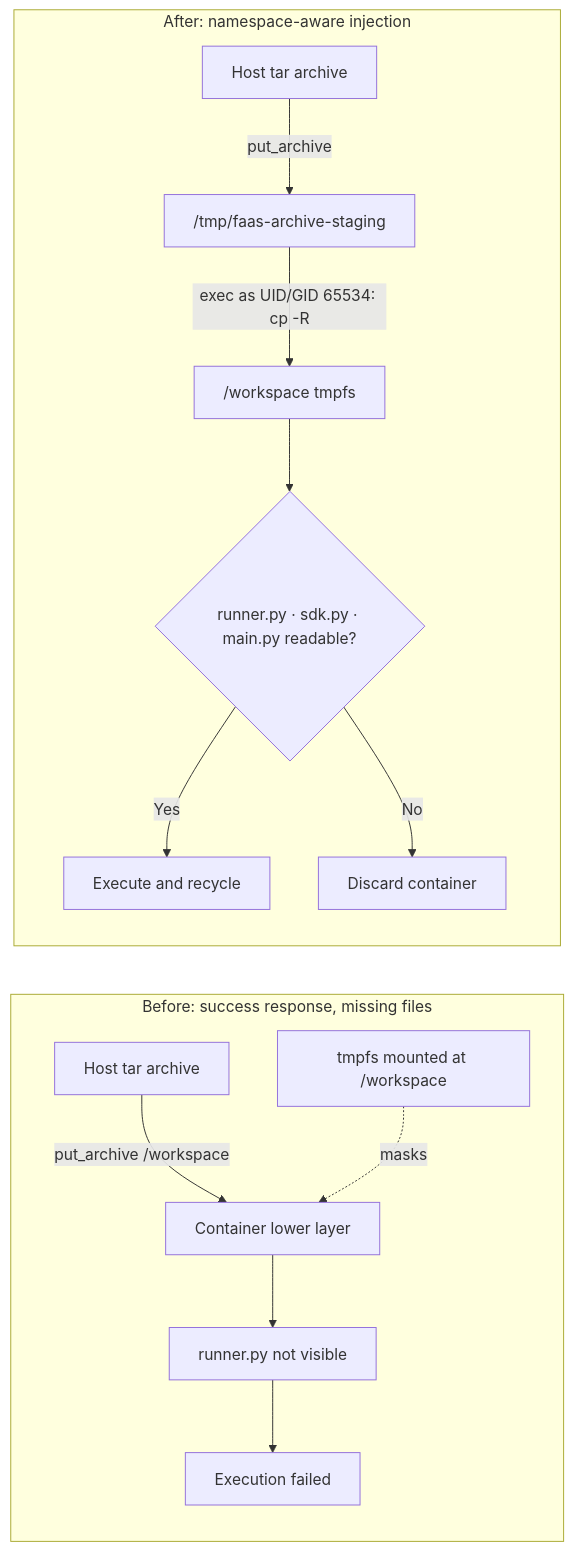
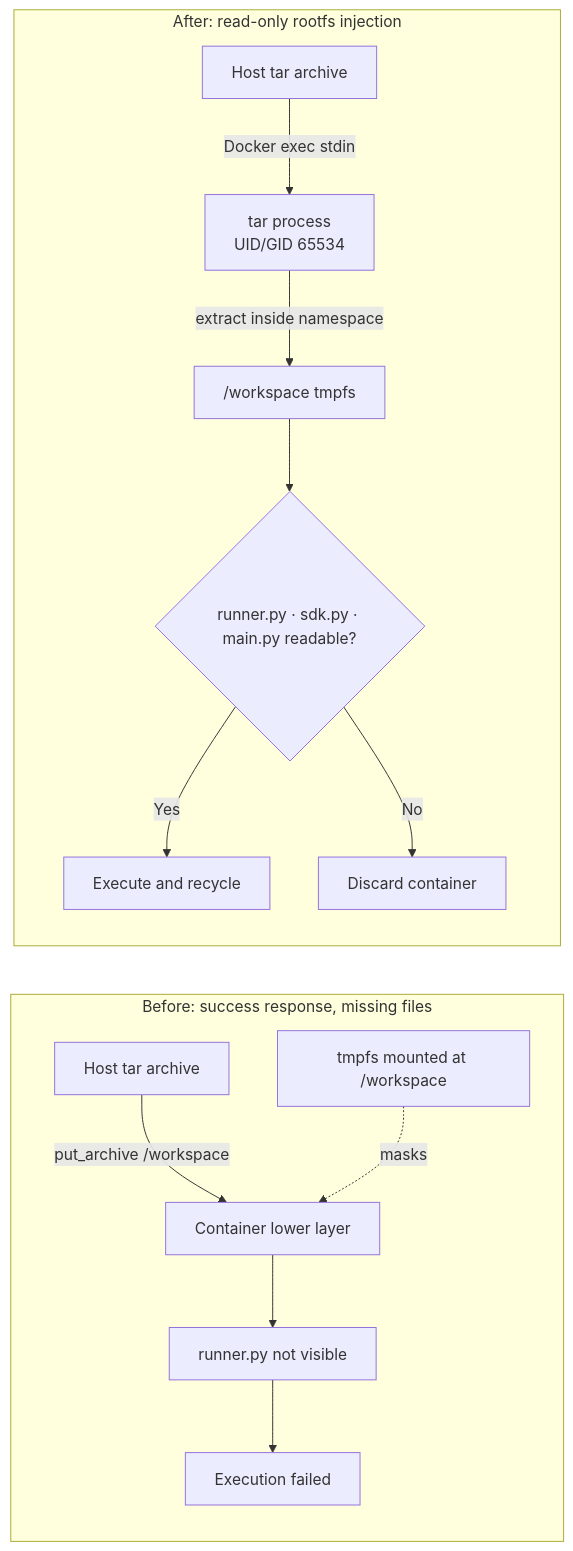
The third of 8 diagrams in DEPLOYMENT_IMPLEMENTATION_REPORT.md (sangmu1126/FaaS-Platform), drawn with Mermaid before and after one commit. The commit also changed other lines of this file and 2 other files, not shown here.

Commit message:
docs(worker): document read-only stream isolation

````diff
--- a/DEPLOYMENT_IMPLEMENTATION_REPORT.md
+++ b/DEPLOYMENT_IMPLEMENTATION_REPORT.md
@@ -236,17 +238,17 @@
 ```mermaid
 flowchart LR
     subgraph Before["Before: success response, missing files"]
         A1[Host tar archive] -->|put_archive /workspace| L[Container lower layer]
         T["tmpfs mounted at /workspace"] -. masks .-> L
         L --> F1["runner.py not visible"]
         F1 --> E1[Execution failed]
     end
 
-    subgraph After["After: namespace-aware injection"]
-        A2[Host tar archive] -->|put_archive| S["/tmp/faas-archive-staging"]
-        S -->|"exec as UID/GID 65534: cp -R"| W["/workspace tmpfs"]
+    subgraph After["After: read-only rootfs injection"]
+        A2[Host tar archive] -->|Docker exec stdin| S["tar process\nUID/GID 65534"]
+        S -->|extract inside namespace| W["/workspace tmpfs"]
         W --> V{"runner.py · sdk.py · main.py readable?"}
         V -- Yes --> E2[Execute and recycle]
         V -- No --> D[Discard container]
     end
 ```
````
